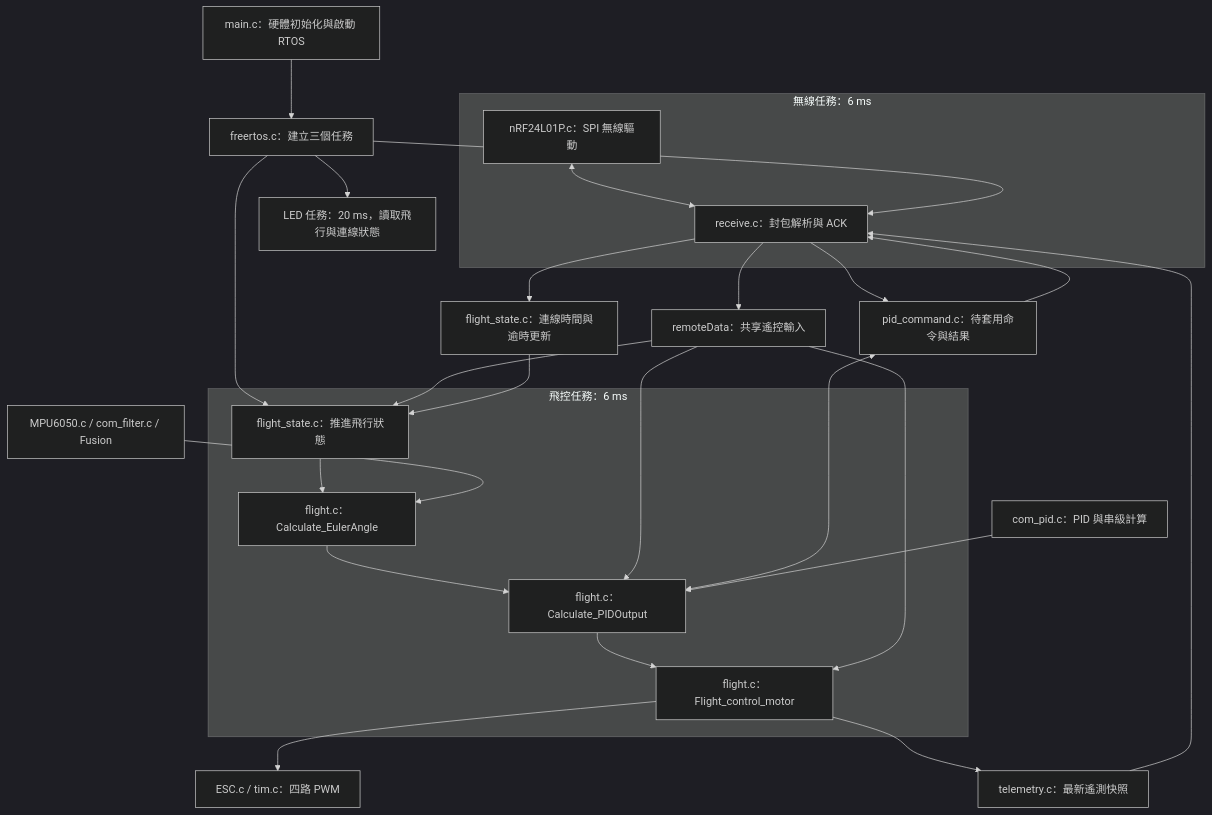
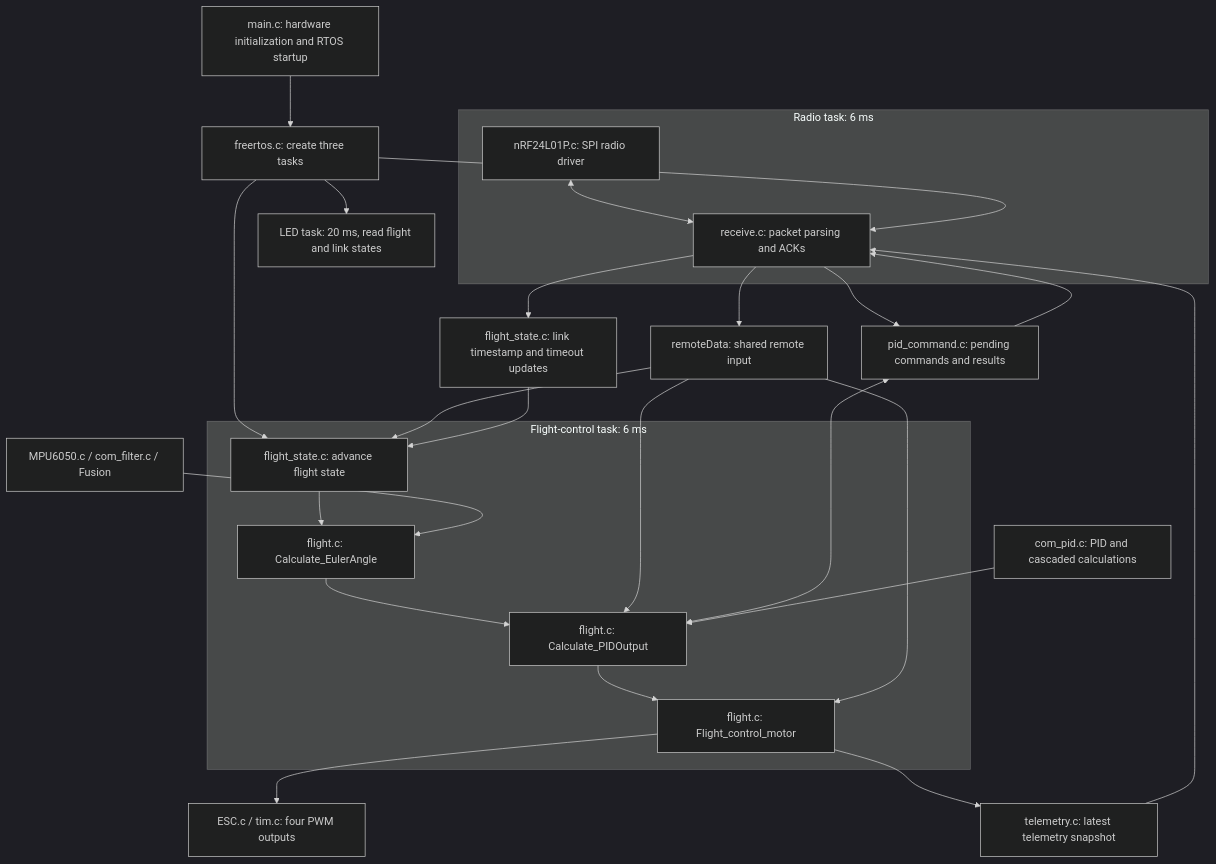
One commit to ZHANG-XICHANG/stm32f103-flight-controller changed the diagram in README.md. Above: the diagram before and after it, drawn with Mermaid (dark theme). The commit also changed other lines of this file and 2 other files, not shown here.

````diff
--- a/README.md
+++ b/README.md
@@ -54,32 +66,32 @@
 ```mermaid
 flowchart TB
-    Boot["main.c：硬體初始化與啟動 RTOS"] --> Tasks["freertos.c：建立三個任務"]
+    Boot["main.c: hardware initialization and RTOS startup"] --> Tasks["freertos.c: create three tasks"]
 
-    subgraph RadioTask["無線任務：6 ms"]
-        Radio["nRF24L01P.c：SPI 無線驅動"] <--> Receive["receive.c：封包解析與 ACK"]
+    subgraph RadioTask["Radio task: 6 ms"]
+        Radio["nRF24L01P.c: SPI radio driver"] <--> Receive["receive.c: packet parsing and ACKs"]
     end
 
-    subgraph FlightTask["飛控任務：6 ms"]
-        State["flight_state.c：推進飛行狀態"] --> Attitude["flight.c：Calculate_EulerAngle"]
-        Attitude --> Control["flight.c：Calculate_PIDOutput"]
-        Control --> Motors["flight.c：Flight_control_motor"]
+    subgraph FlightTask["Flight-control task: 6 ms"]
+        State["flight_state.c: advance flight state"] --> Attitude["flight.c: Calculate_EulerAngle"]
+        Attitude --> Control["flight.c: Calculate_PIDOutput"]
+        Control --> Motors["flight.c: Flight_control_motor"]
     end
 
     Tasks --> Receive
     Tasks --> State
-    Tasks --> LED["LED 任務：20 ms，讀取飛行與連線狀態"]
-    Receive --> Remote["remoteData：共享遙控輸入"]
+    Tasks --> LED["LED task: 20 ms, read flight and link states"]
+    Receive --> Remote["remoteData: shared remote input"]
     Remote --> State
     Remote --> Control
     Remote --> Motors
-    Receive --> Link["flight_state.c：連線時間與逾時更新"]
+    Receive --> Link["flight_state.c: link timestamp and timeout updates"]
     Link --> State
-    Receive --> Commands["pid_command.c：待套用命令與結果"]
+    Receive --> Commands["pid_command.c: pending commands and results"]
     Commands <--> Control
     Commands --> Receive
     IMU["MPU6050.c / com_filter.c / Fusion"] --> Attitude
-    PID["com_pid.c：PID 與串級計算"] --> Control
-    Motors --> ESC["ESC.c / tim.c：四路 PWM"]
-    Motors --> Telemetry["telemetry.c：最新遙測快照"]
+    PID["com_pid.c: PID and cascaded calculations"] --> Control
+    Motors --> ESC["ESC.c / tim.c: four PWM outputs"]
+    Motors --> Telemetry["telemetry.c: latest telemetry snapshot"]
     Telemetry --> Receive
 ```
````
